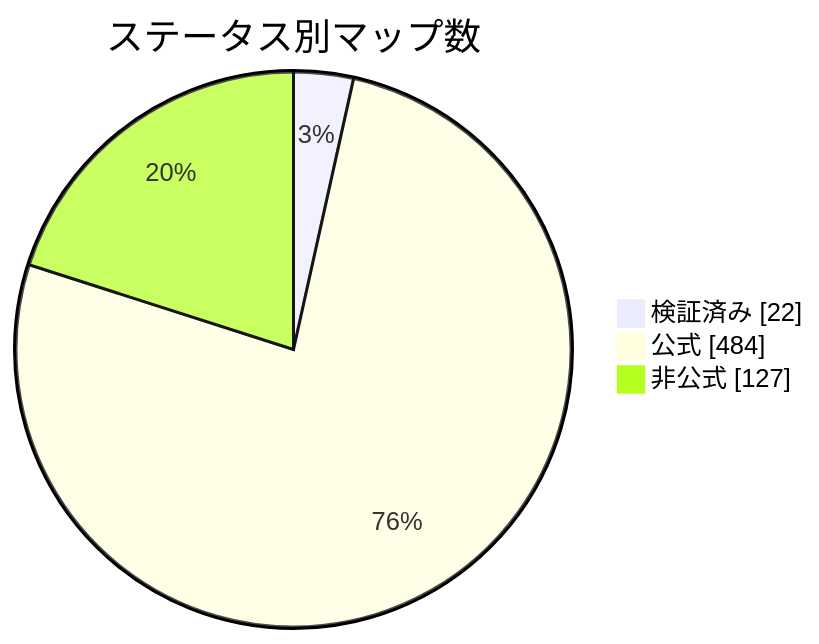
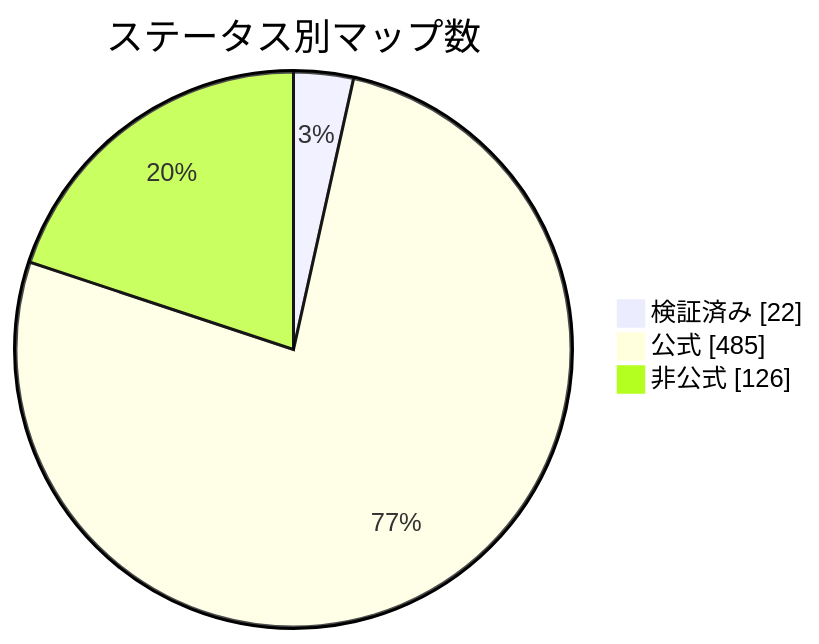
Before and after one commit to nobrega8/mbmap-library: the diagram in docs/readme/README_JP.md, drawn with Mermaid. The commit also changed 6 other files, not shown here.

````diff
--- a/docs/readme/README_JP.md
+++ b/docs/readme/README_JP.md
@@ -54,7 +54,7 @@
 ```mermaid
 pie showData
     title ステータス別マップ数
     "検証済み" : 22
-    "公式" : 484
-    "非公式" : 127
+    "公式" : 485
+    "非公式" : 126
 ```
````
